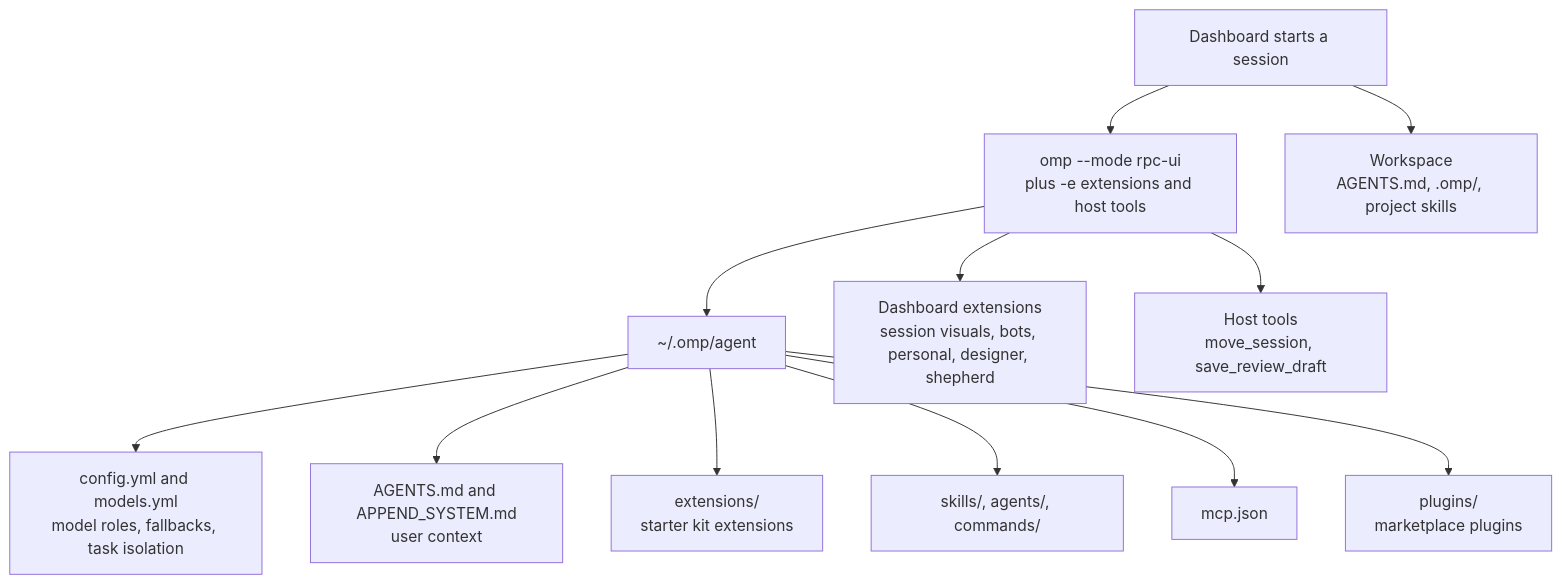
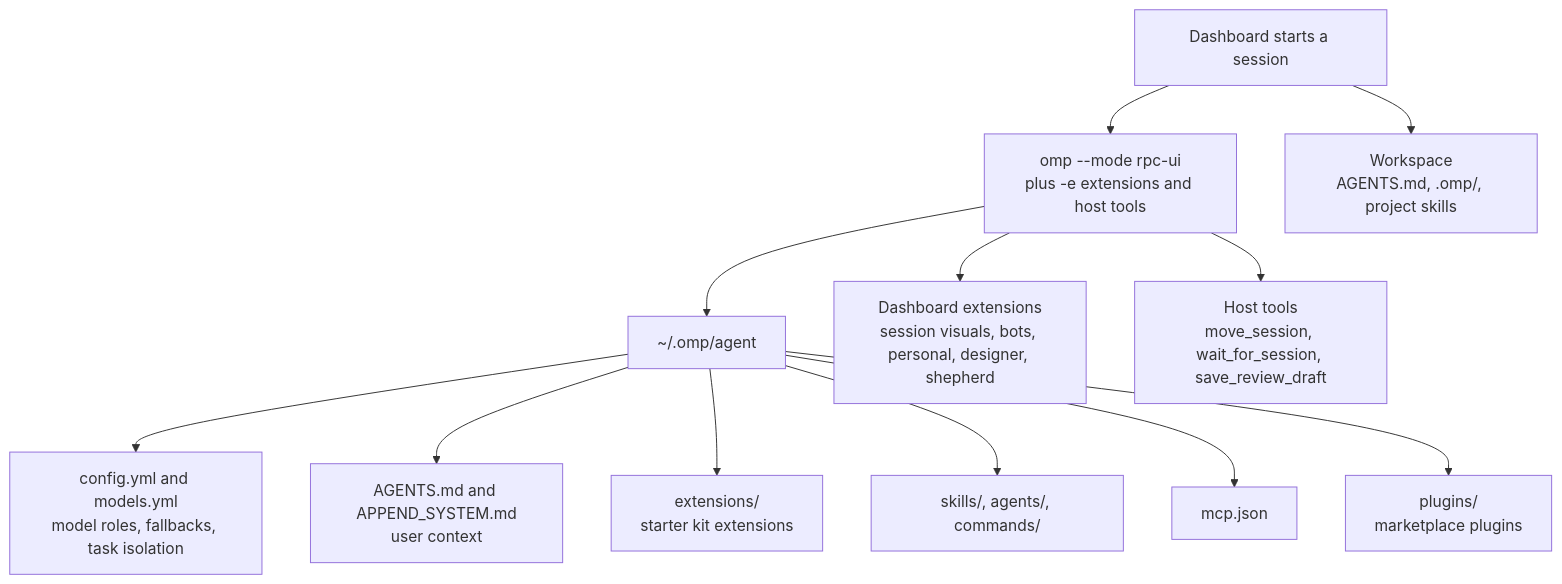
Before and after one commit to MaisonnatM/omp-agents: the second of 5 diagrams in docs/architecture/harness-map.md, drawn with Mermaid. The commit also changed 26 other files, not shown here.

First line of the commit message:
Add model profiles and the wait_for_session tool

````diff
--- a/docs/architecture/harness-map.md
+++ b/docs/architecture/harness-map.md
@@ -28,14 +28,14 @@
 ```mermaid
 flowchart TD
   start["Dashboard starts a session"] --> args["omp --mode rpc-ui<br/>plus -e extensions and host tools"]
   args --> agent["~/.omp/agent"]
   agent --> cfg["config.yml and models.yml<br/>model roles, fallbacks, task isolation"]
   agent --> ctx["AGENTS.md and APPEND_SYSTEM.md<br/>user context"]
   agent --> ext["extensions/<br/>starter kit extensions"]
   agent --> skills["skills/, agents/, commands/"]
   agent --> mcp["mcp.json"]
   agent --> plugins["plugins/<br/>marketplace plugins"]
   args --> dash["Dashboard extensions<br/>session visuals, bots, personal, designer, shepherd"]
-  args --> host["Host tools<br/>move_session, save_review_draft"]
+  args --> host["Host tools<br/>move_session, wait_for_session, save_review_draft"]
   start --> project["Workspace<br/>AGENTS.md, .omp/, project skills"]
 ```
````
